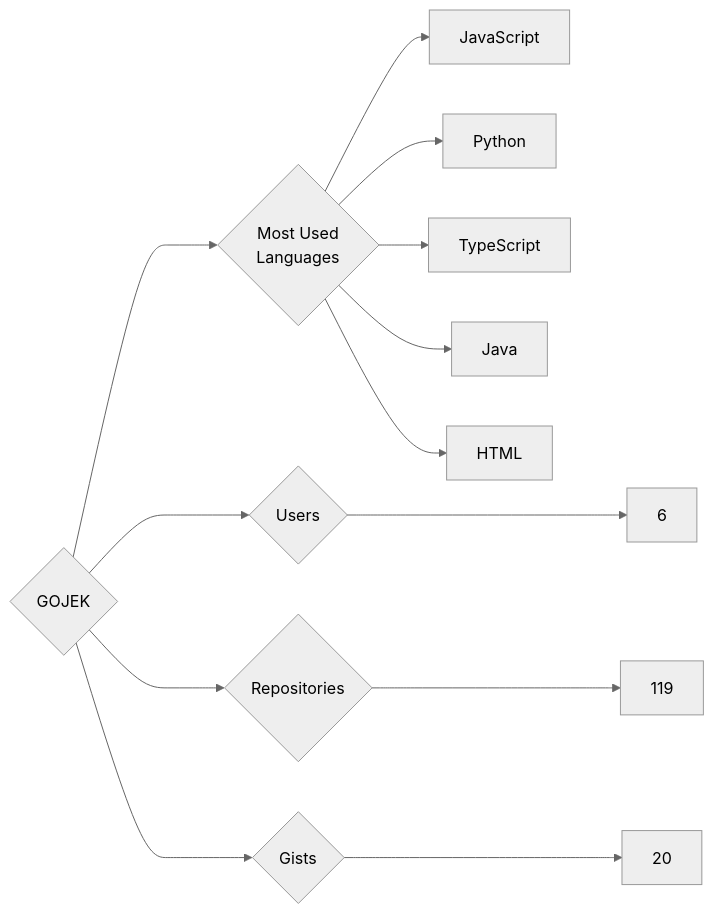
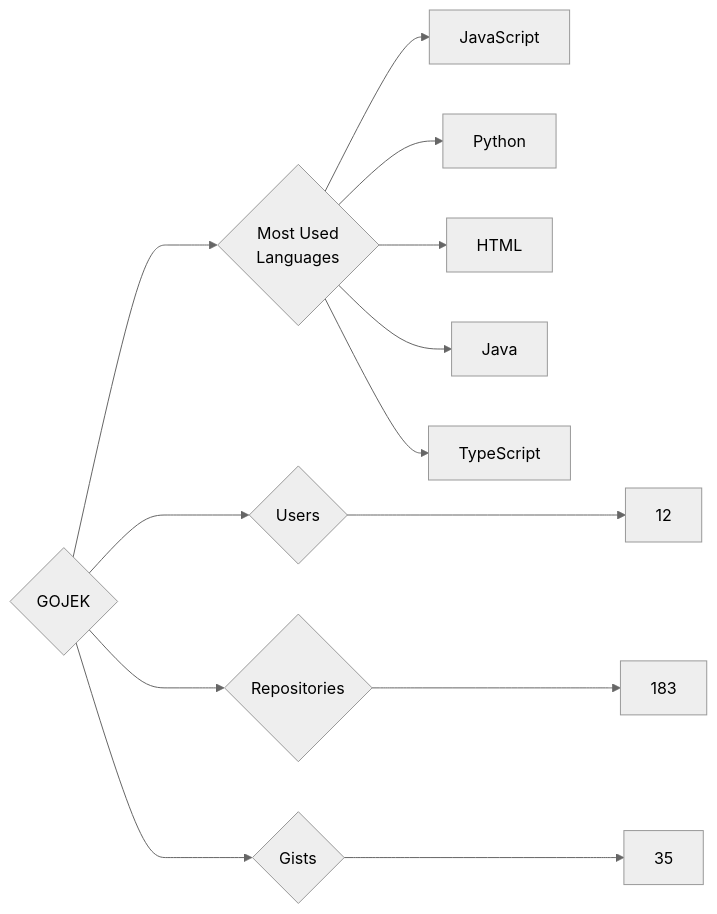
One commit to trickest/insiders changed the diagram in targets/GOJEK/README.md. Above: the diagram before and after it, drawn with Mermaid (neutral theme). The commit also changed 1148 other files, not shown here.

````diff
--- a/targets/GOJEK/README.md
+++ b/targets/GOJEK/README.md
@@ -3,13 +3,13 @@
 ```mermaid
 graph LR
 COMPANY_NAME{GOJEK}
-COMPANY_NAME ---> U{Users} ---> UN[6]
-COMPANY_NAME ---> R{Repositories} ---> RN[119]
-COMPANY_NAME ---> G{Gists} ---> GN[20]
+COMPANY_NAME ---> U{Users} ---> UN[12]
+COMPANY_NAME ---> R{Repositories} ---> RN[183]
+COMPANY_NAME ---> G{Gists} ---> GN[35]
 COMPANY_NAME ---> ML{Most Used<br>Languages}
 ML --> JavaScript[JavaScript]
 ML --> Python[Python]
+ML --> HTML[HTML]
+ML --> Java[Java]
 ML --> TypeScript[TypeScript]
-ML --> Java[Java]
-ML --> HTML[HTML]
 ```
````
